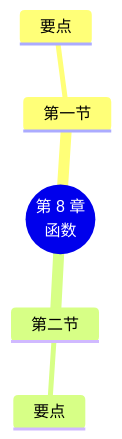
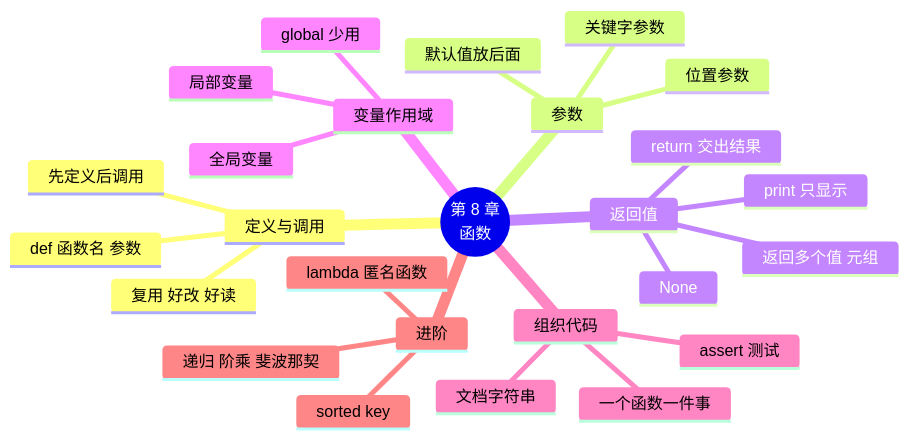
One commit to MingziFu9/python-programming changed the second of 2 diagrams in docs/chapters/08-functions/index.md. Above: the diagram before and after it, drawn with Mermaid. The commit also changed other lines of this file and 14 other files, not shown here.

````diff
--- a/docs/chapters/08-functions/index.md
+++ b/docs/chapters/08-functions/index.md
@@ -188,8 +761,29 @@
 ```mermaid
 mindmap
   root((第 8 章<br/>函数))
-    第一节
-      要点
-    第二节
-      要点
+    定义与调用
+      def 函数名 参数
+      先定义后调用
+      复用 好改 好读
+    参数
+      位置参数
+      默认值放后面
+      关键字参数
+    返回值
+      return 交出结果
+      print 只显示
+      None
+      返回多个值 元组
+    变量作用域
+      局部变量
+      全局变量
+      global 少用
+    组织代码
+      文档字符串
+      一个函数一件事
+      assert 测试
+    进阶
+      lambda 匿名函数
+      sorted key
+      递归 阶乘 斐波那契
 ```
````
